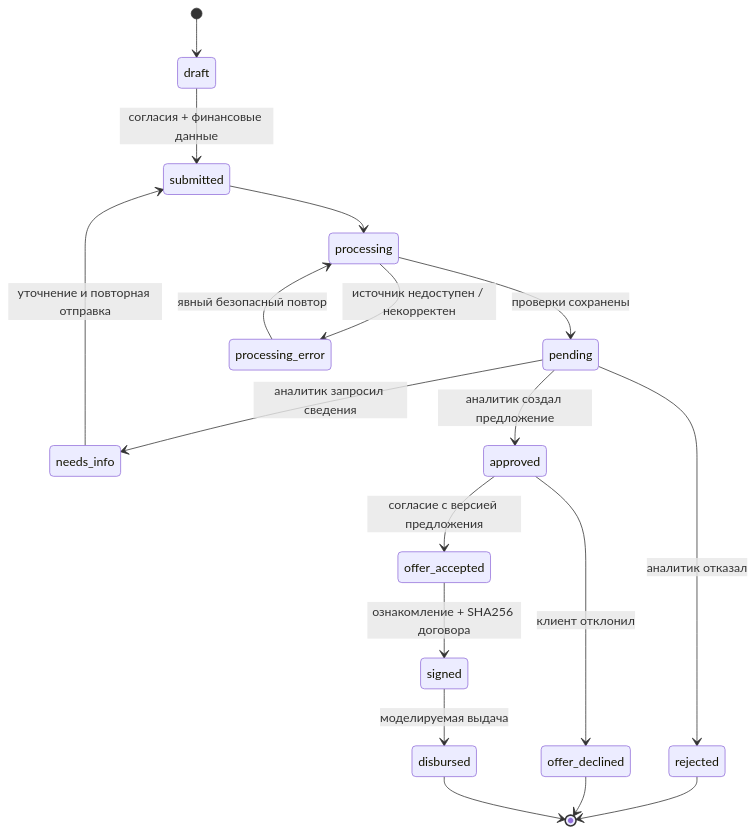
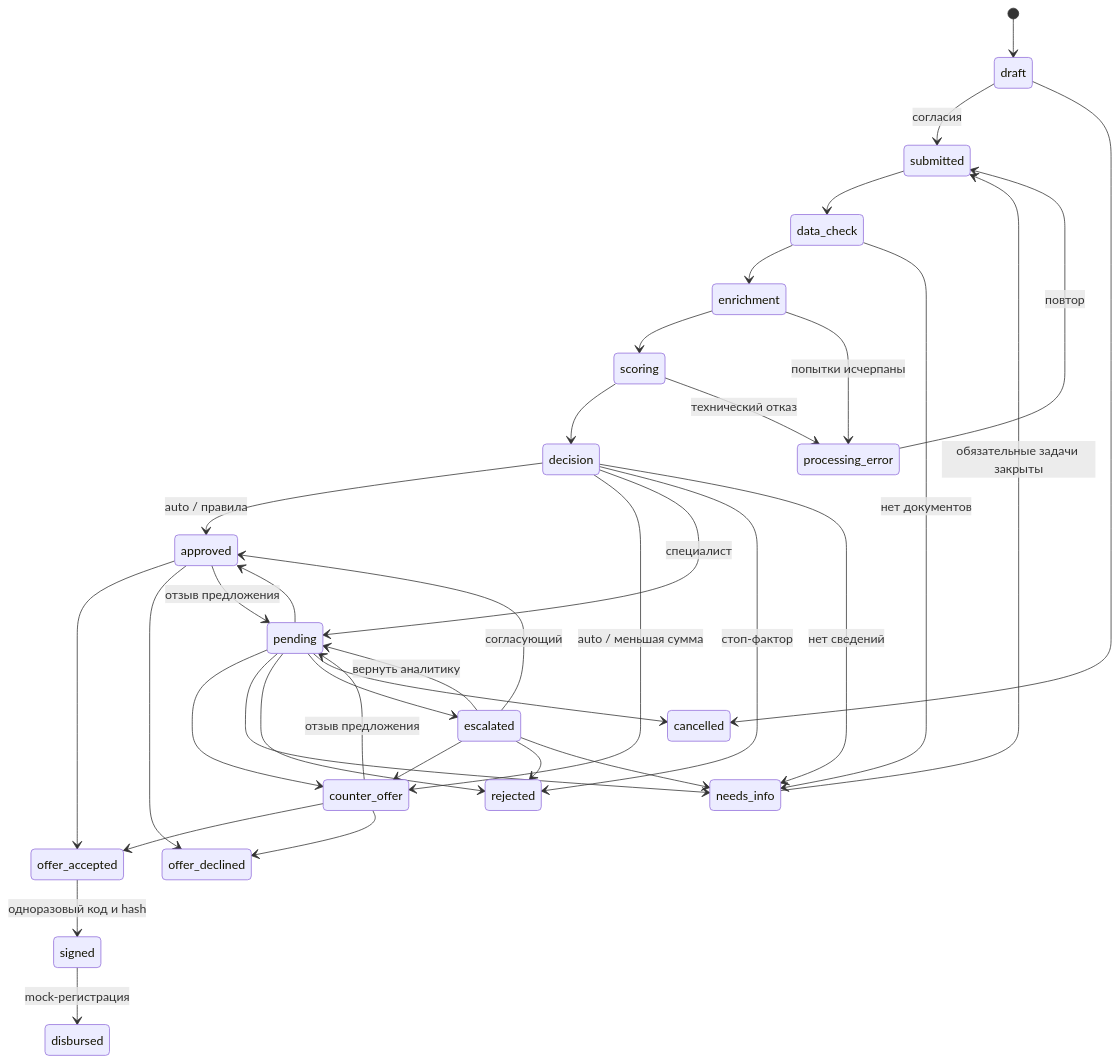
The second of 3 diagrams in docs/design.md (r7zex/alfa-hack-2026), drawn with Mermaid before and after one commit. The commit also changed other lines of this file and 94 other files, not shown here.

````diff
--- a/docs/design.md
+++ b/docs/design.md
@@ -19,20 +19,39 @@
 ```mermaid
 stateDiagram-v2
   [*] --> draft
-  draft --> submitted: согласия + финансовые данные
-  needs_info --> submitted: уточнение и повторная отправка
-  submitted --> processing
-  processing --> pending: проверки сохранены
-  processing --> processing_error: источник недоступен / некорректен
-  processing_error --> processing: явный безопасный повтор
-  pending --> needs_info: аналитик запросил сведения
-  pending --> rejected: аналитик отказал
-  pending --> approved: аналитик создал предложение
-  approved --> offer_declined: клиент отклонил
-  approved --> offer_accepted: согласие с версией предложения
-  offer_accepted --> signed: ознакомление + SHA256 договора
-  signed --> disbursed: моделируемая выдача
-  rejected --> [*]
-  offer_declined --> [*]
-  disbursed --> [*]
+  draft --> submitted: согласия
+  needs_info --> submitted: обязательные задачи закрыты
+  submitted --> data_check
+  data_check --> enrichment
+  enrichment --> scoring
+  scoring --> decision
+  decision --> approved: auto / правила
+  decision --> counter_offer: auto / меньшая сумма
+  decision --> pending: специалист
+  decision --> rejected: стоп-фактор
+  data_check --> needs_info: нет документов
+  decision --> needs_info: нет сведений
+  enrichment --> processing_error: попытки исчерпаны
+  scoring --> processing_error: технический отказ
+  processing_error --> submitted: повтор
+  pending --> approved
+  pending --> counter_offer
+  pending --> needs_info
+  pending --> rejected
+  pending --> escalated
+  escalated --> approved: согласующий
+  escalated --> counter_offer
+  escalated --> rejected
+  escalated --> needs_info
+  escalated --> pending: вернуть аналитику
+  approved --> offer_accepted
+  counter_offer --> offer_accepted
+  approved --> offer_declined
+  counter_offer --> offer_declined
+  approved --> pending: отзыв предложения
+  counter_offer --> pending: отзыв предложения
+  offer_accepted --> signed: одноразовый код и hash
+  signed --> disbursed: mock-регистрация
+  draft --> cancelled
+  pending --> cancelled
 ```
````
